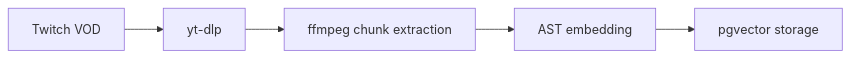
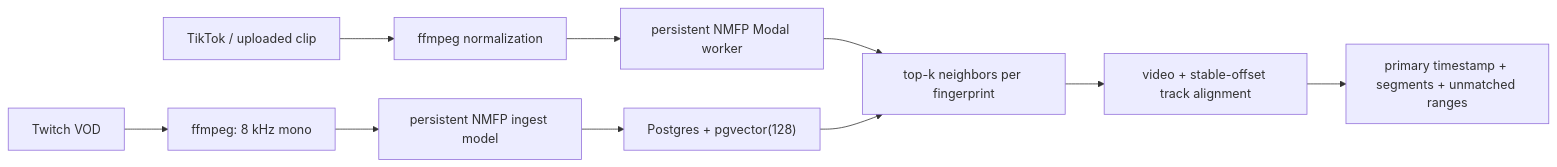
Before and after one commit to manofshad/VodHunter: the diagram in README.md, drawn with Mermaid. The commit also changed other lines of this file and 79 other files, not shown here.

````diff
--- a/README.md
+++ b/README.md
@@ -92,13 +16,13 @@
 ```mermaid
 flowchart LR
-    Twitch["Twitch VOD"]
-    YTDLP["yt-dlp"]
-    FFMPEG["ffmpeg chunk extraction"]
-    Embed["AST embedding"]
-    Store["pgvector storage"]
+    VOD["Twitch VOD"] --> Extract["ffmpeg: 8 kHz mono"]
+    Extract --> IngestNMFP["persistent NMFP ingest model"]
+    IngestNMFP --> Vectors["Postgres + pgvector(128)"]
 
-    Twitch --> YTDLP
-    YTDLP --> FFMPEG
-    FFMPEG --> Embed
-    Embed --> Store
+    Query["TikTok / uploaded clip"] --> Normalize["ffmpeg normalization"]
+    Normalize --> Modal["persistent NMFP Modal worker"]
+    Modal --> Candidates["top-k neighbors per fingerprint"]
+    Vectors --> Candidates
+    Candidates --> Align["video + stable-offset track alignment"]
+    Align --> Result["primary timestamp + segments + unmatched ranges"]
 ```
````
